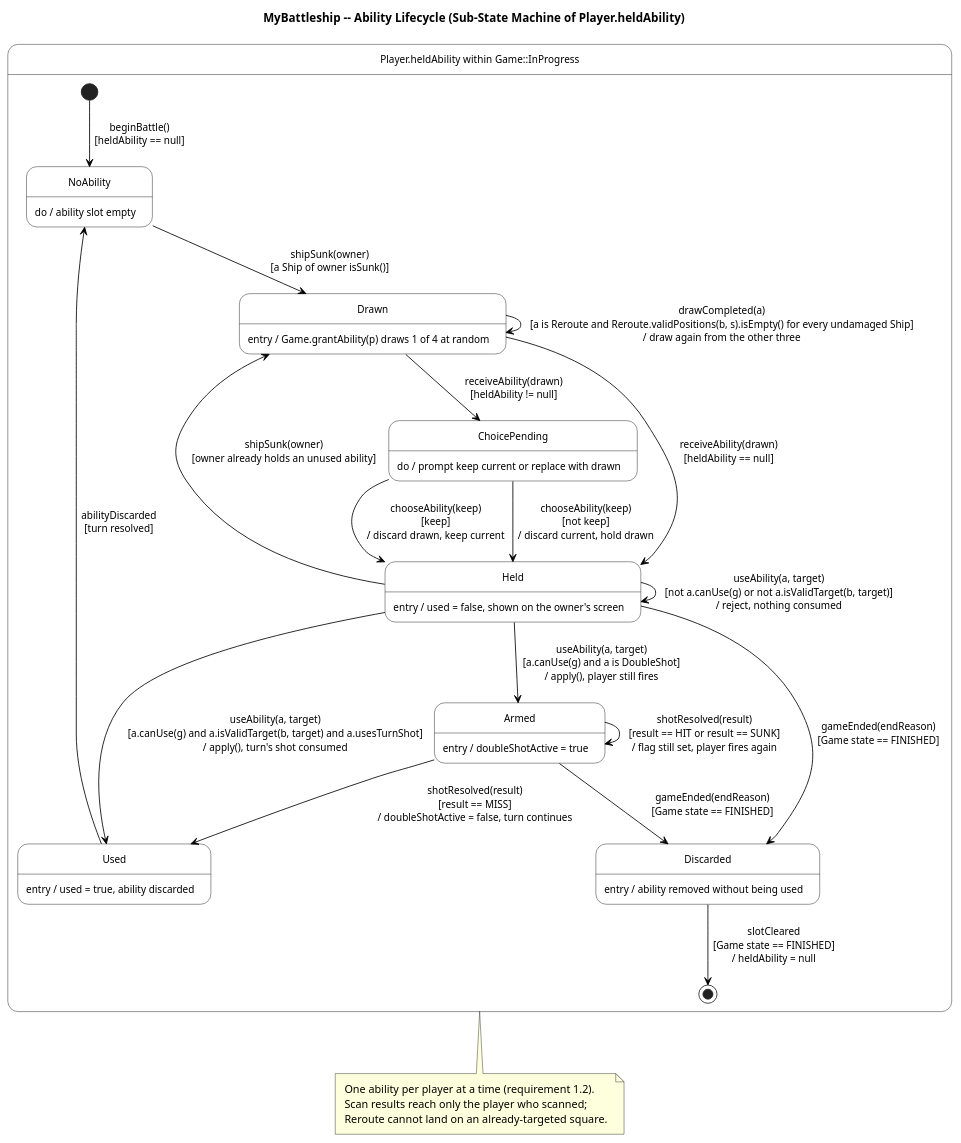
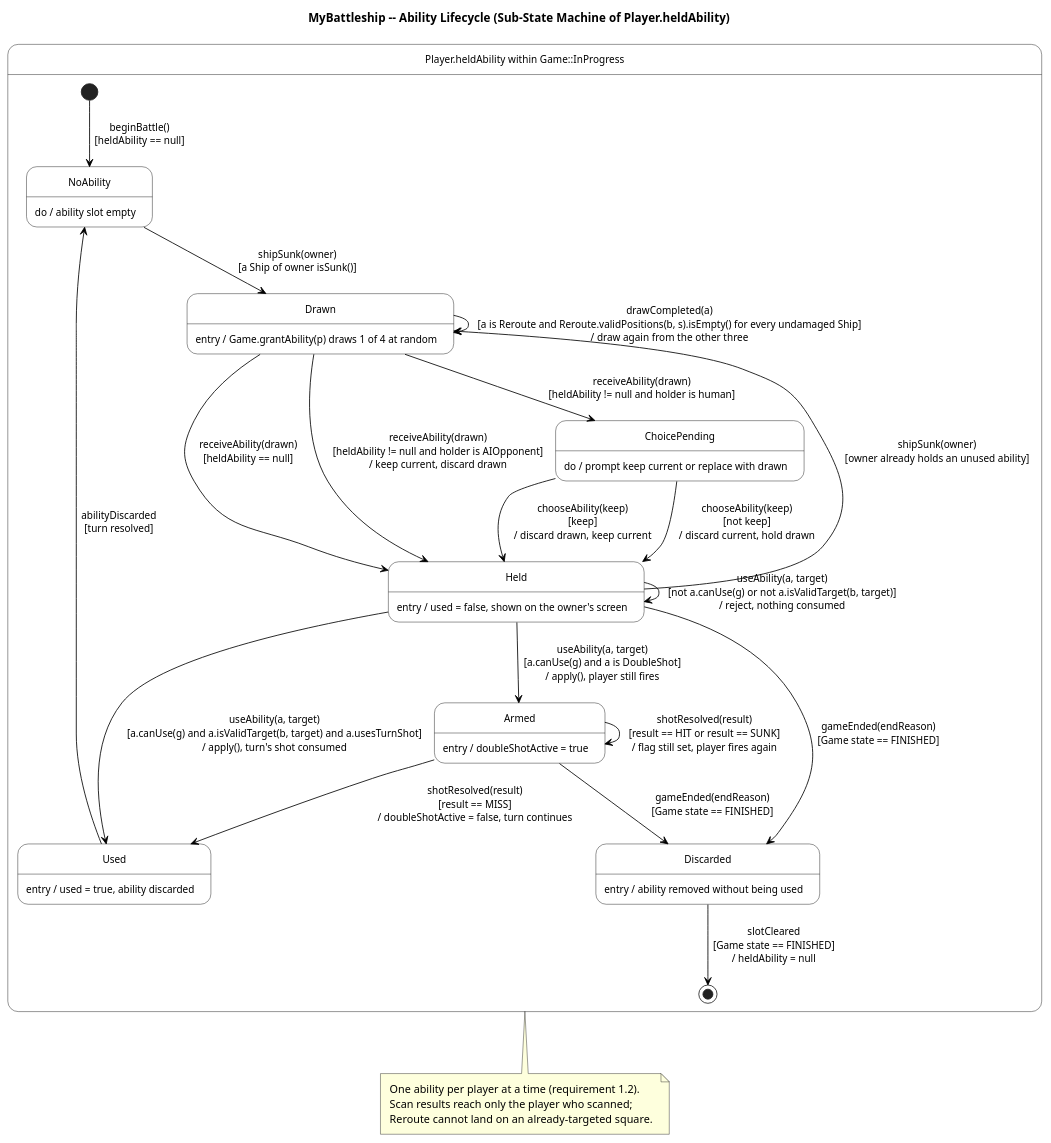
One commit to queeeety/battleship-online changed the diagram in docs/uml/state/ability.puml. Above: the diagram before and after it, drawn with PlantUML. The commit also changed 5 other files, not shown here.

First line of the commit message:
Update UML for Stage 3: AI turns and game save/restore

```diff
--- a/docs/uml/state/ability.puml
+++ b/docs/uml/state/ability.puml
@@ -1,60 +1,61 @@
 @startuml 4_3_Ability_SubStateDiagram
 ' MyBattleship -- GroupXXAssign2.pdf, section 4.3: Ability (sub-state diagram)
 ' Expands Player.heldAbility within Game::InProgress. Covers UC4 Use Ability.
 title MyBattleship -- Ability Lifecycle (Sub-State Machine of Player.heldAbility)
 
 hide empty description
 skinparam nodesep 55
 skinparam ranksep 75
 skinparam padding 5
 skinparam defaultFontSize 13
 skinparam ArrowFontSize 12
 skinparam StateFontSize 14
 skinparam StateAttributeFontSize 12
 skinparam state {
   BackgroundColor White
   BorderColor Black
   ArrowColor Black
 }
 
 state "Player.heldAbility within Game::InProgress" as Lifecycle {
 
   [*] --> NoAbility : beginBattle()\n[heldAbility == null]
 
   state NoAbility : do / ability slot empty
   state Drawn : entry / Game.grantAbility(p) draws 1 of 4 at random
   state Held : entry / used = false, shown on the owner's screen
   state ChoicePending : do / prompt keep current or replace with drawn
   state Armed : entry / doubleShotActive = true
   state Used : entry / used = true, ability discarded
   state Discarded : entry / ability removed without being used
 
   NoAbility --> Drawn : shipSunk(owner)\n[a Ship of owner isSunk()]
   Held --> Drawn : shipSunk(owner)\n[owner already holds an unused ability]
 
   Drawn --> Drawn : drawCompleted(a)\n[a is Reroute and Reroute.validPositions(b, s).isEmpty() for every undamaged Ship]\n/ draw again from the other three
   Drawn --> Held : receiveAbility(drawn)\n[heldAbility == null]
-  Drawn --> ChoicePending : receiveAbility(drawn)\n[heldAbility != null]
+  Drawn --> ChoicePending : receiveAbility(drawn)\n[heldAbility != null and holder is human]
+  Drawn --> Held : receiveAbility(drawn)\n[heldAbility != null and holder is AIOpponent]\n/ keep current, discard drawn
 
   ChoicePending --> Held : chooseAbility(keep)\n[not keep]\n/ discard current, hold drawn
   ChoicePending --> Held : chooseAbility(keep)\n[keep]\n/ discard drawn, keep current
 
   Held --> Held : useAbility(a, target)\n[not a.canUse(g) or not a.isValidTarget(b, target)]\n/ reject, nothing consumed
   Held --> Used : useAbility(a, target)\n[a.canUse(g) and a.isValidTarget(b, target) and a.usesTurnShot]\n/ apply(), turn's shot consumed
   Held --> Armed : useAbility(a, target)\n[a.canUse(g) and a is DoubleShot]\n/ apply(), player still fires
 
   Armed --> Used : shotResolved(result)\n[result == MISS]\n/ doubleShotActive = false, turn continues
   Armed --> Armed : shotResolved(result)\n[result == HIT or result == SUNK]\n/ flag still set, player fires again
 
   Used --> NoAbility : abilityDiscarded\n[turn resolved]
   Held --> Discarded : gameEnded(endReason)\n[Game state == FINISHED]
   Armed --> Discarded : gameEnded(endReason)\n[Game state == FINISHED]
   Discarded --> [*] : slotCleared\n[Game state == FINISHED]\n/ heldAbility = null
 }
 
 note bottom of Lifecycle
   One ability per player at a time (requirement 1.2).
   Scan results reach only the player who scanned;
   Reroute cannot land on an already-targeted square.
 end note
 @enduml
```
